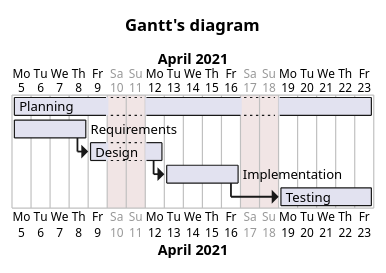
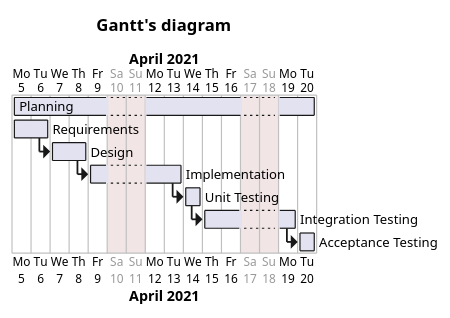
Before and after one commit to ThePiromaximus/ezshop: the diagram in Deliverables/Estimation.md, drawn with PlantUML. The commit also changed other lines of this file and 1 other file, not shown here.

````diff
--- a/Deliverables/Estimation.md
+++ b/Deliverables/Estimation.md
@@ -32,16 +34,20 @@
 ```plantuml
 @startgantt
 title Gantt's diagram
 project starts the 2021/04/05
 saturday are closed
 sunday are closed 
-[Planning] lasts 15 days
-[Requirements] lasts 4 days
+[Planning] lasts 12 days
+[Requirements] lasts 2 days
 [Design] lasts 2 days
 [Design] starts at [Requirements]'s end
-[Implementation] lasts 4 days
+[Implementation] lasts 3 days
 [Implementation] starts at [Design]'s end
-[Testing] lasts 5 days
-[Testing] starts at [Implementation]'s end
+[Unit Testing] lasts 1 day
+[Unit Testing] starts at [Implementation]'s end
+[Integration Testing] lasts 3 days
+[Integration Testing] starts at [Unit Testing]'s end
+[Acceptance Testing] lasts 1 day
+[Acceptance Testing] starts at [Integration Testing]'s end
 @endgantt
 ```
````
